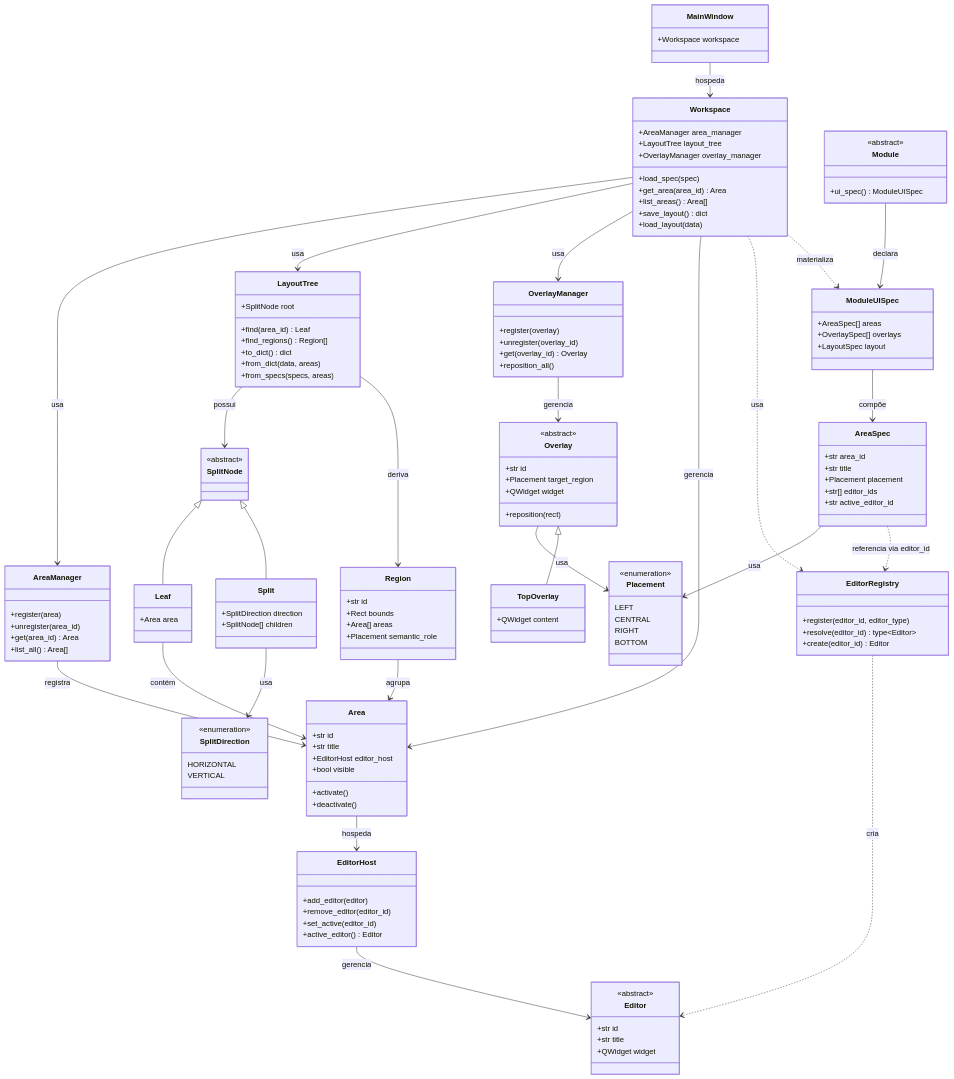
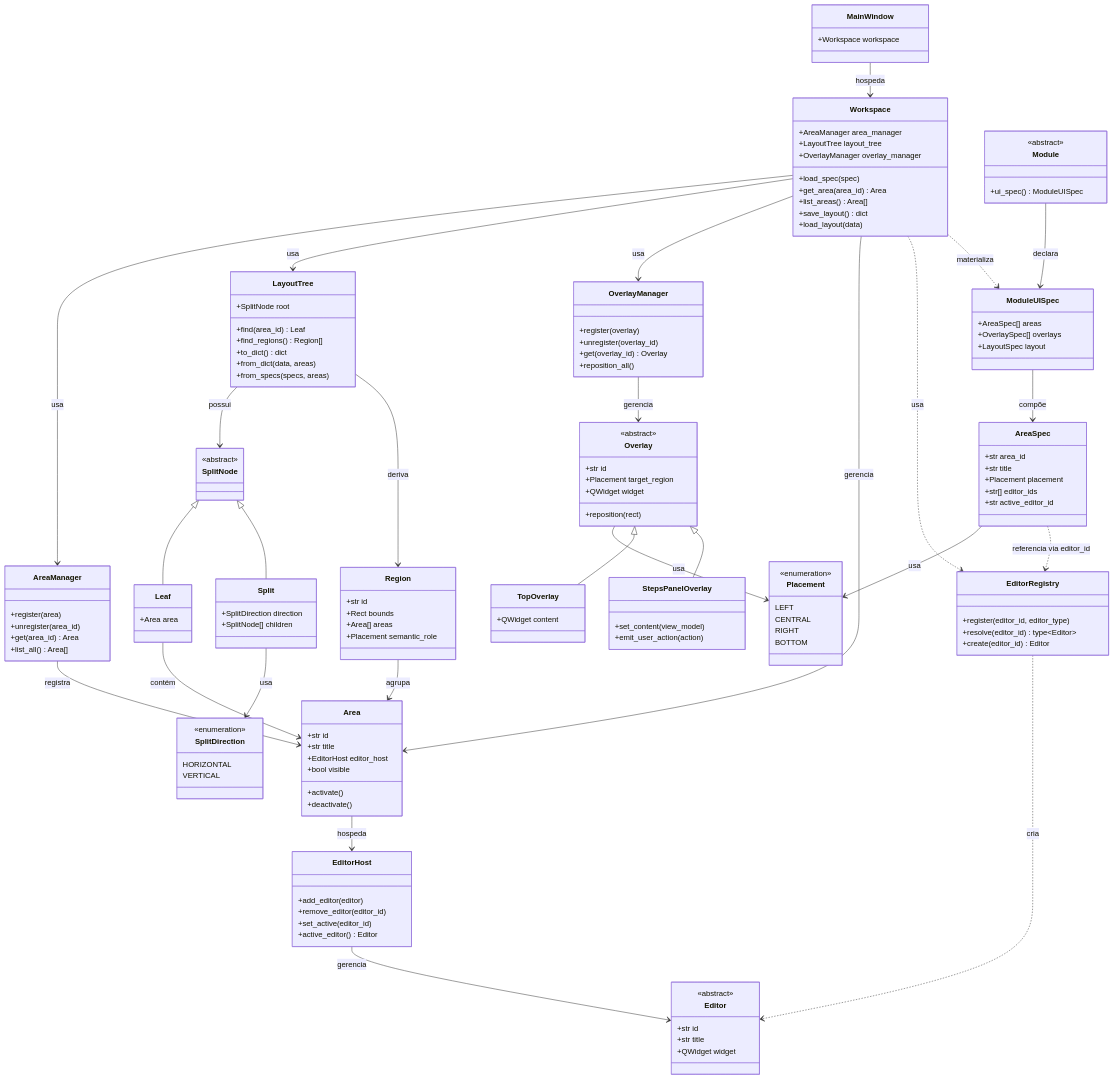
The diagram in docs/architecture/workspace/workspace_pt.md (CranioZ/CranioZ), drawn with Mermaid before and after one commit. The commit also changed other lines of this file and 27 other files, not shown here.

Commit message:
Documentação de Flows.

```diff
--- a/docs/architecture/workspace/workspace_pt.md
+++ b/docs/architecture/workspace/workspace_pt.md
@@ -210,6 +217,11 @@
         +QWidget content
     }
 
+    class StepsPanelOverlay {
+        +set_content(view_model)
+        +emit_user_action(action)
+    }
+
     class Placement {
         <<enumeration>>
         LEFT
@@ -284,6 +296,7 @@
     Region --> Area : agrupa
     Overlay --> Placement : usa
     Overlay <|-- TopOverlay
+    Overlay <|-- StepsPanelOverlay
     Area --> EditorHost : hospeda
     EditorHost --> Editor : gerencia
     EditorRegistry ..> Editor : cria
```
